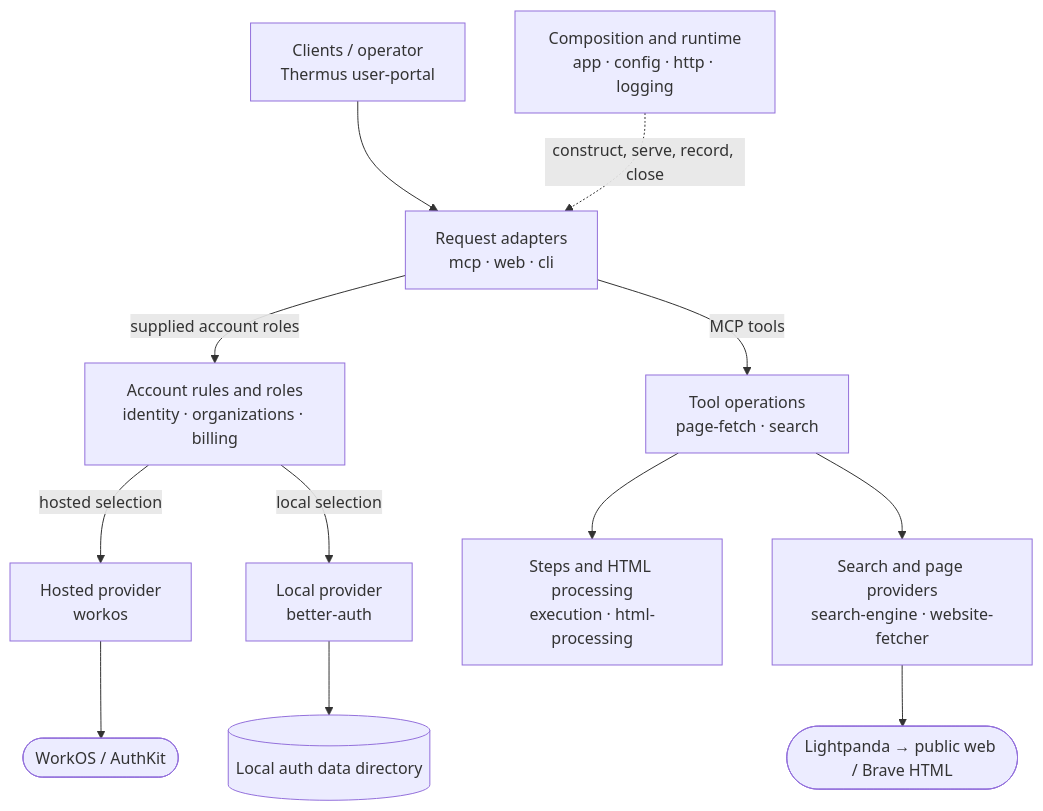
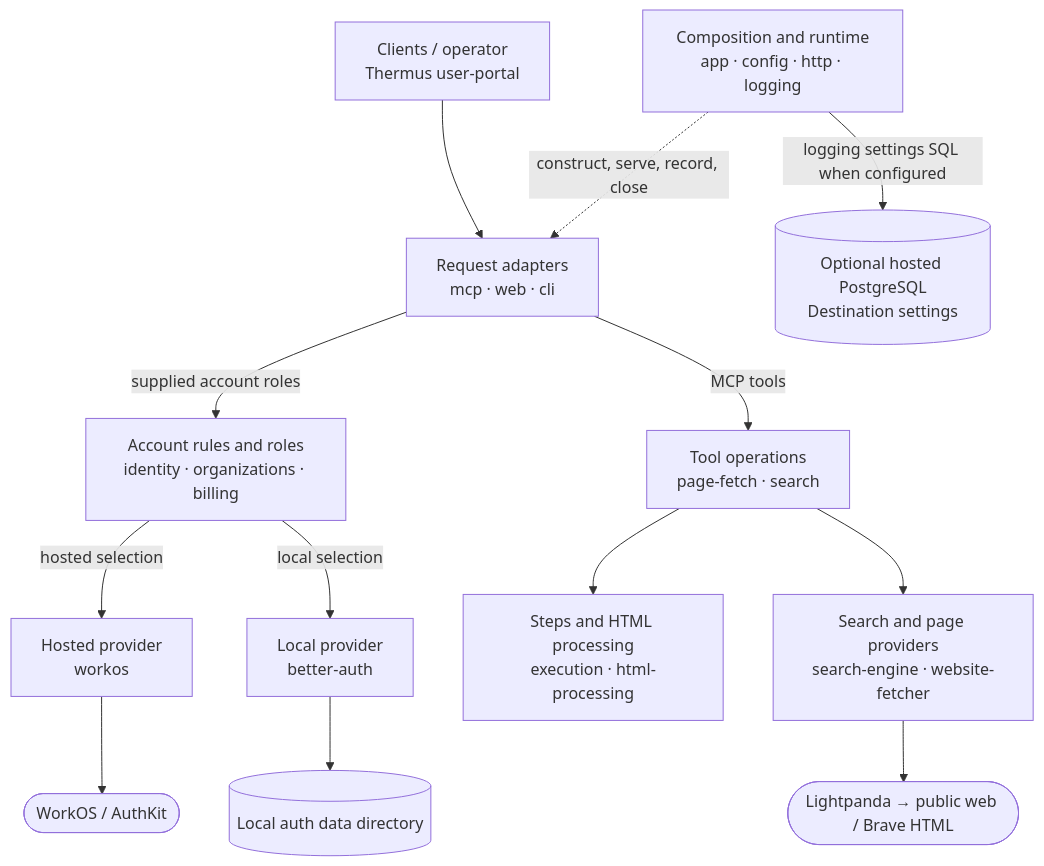
Before and after one commit to tomer-mayara/Thermus: the eighth of 12 diagrams in architecture/components.md, drawn with Mermaid. The commit also changed other lines of this file and 34 other files, not shown here.

Commit message:
Add bounded PostgreSQL logging settings storage for S2-01a

````diff
--- a/architecture/components.md
+++ b/architecture/components.md
@@ -286,26 +323,28 @@
 ```mermaid
 flowchart TB
   clients["Clients / operator<br/>Thermus user-portal"]
   interfaces["Request adapters<br/>mcp · web · cli"]
   accounts["Account rules and roles<br/>identity · organizations · billing"]
   hosted["Hosted provider<br/>workos"]
   local["Local provider<br/>better-auth"]
   workos_service(["WorkOS / AuthKit"])
   local_data[("Local auth data directory")]
   tools["Tool operations<br/>page-fetch · search"]
   processing["Steps and HTML processing<br/>execution · html-processing"]
   fetching["Search and page providers<br/>search-engine · website-fetcher"]
   external_web(["Lightpanda → public web / Brave HTML"])
   runtime["Composition and runtime<br/>app · config · http · logging"]
+  settings_data[("Optional hosted PostgreSQL<br/>Destination settings")]
   clients --> interfaces
   interfaces -->|supplied account roles| accounts
   accounts -->|hosted selection| hosted
   accounts -->|local selection| local
   hosted --> workos_service
   local --> local_data
   interfaces -->|MCP tools| tools
   tools --> processing
   tools --> fetching
   fetching --> external_web
   runtime -.->|construct, serve, record, close| interfaces
+  runtime -->|logging settings SQL when configured| settings_data
 ```
````
